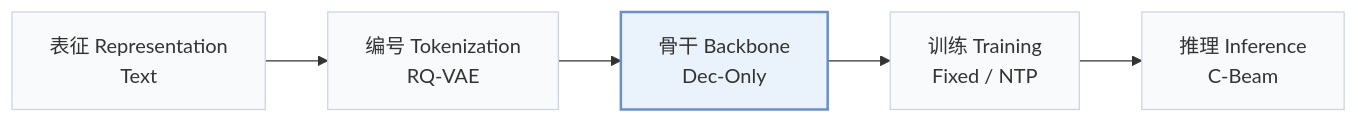
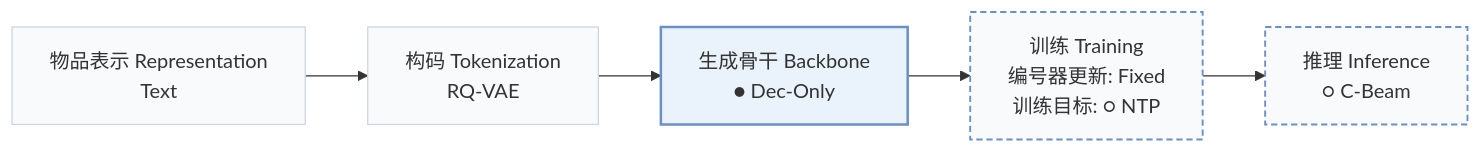
One commit to Galaxy-ghost/Awesome-SID-Generative-Rec changed the first of 2 diagrams in pages/zh/papers/merge-and-branch.md. Above: the diagram before and after it, drawn with Mermaid. The commit also changed other lines of this file and 558 other files, not shown here.

````diff
--- a/pages/zh/papers/merge-and-branch.md
+++ b/pages/zh/papers/merge-and-branch.md
@@ -15,8 +18,10 @@
 ```mermaid
 flowchart LR
-    R["表征 Representation<br/>Text"] --> T["编号 Tokenization<br/>RQ-VAE"] --> B["骨干 Backbone<br/>Dec-Only"] --> TR["训练 Training<br/>Fixed / NTP"] --> I["推理 Inference<br/>C-Beam"]
+    R["物品表示 Representation<br/>Text"] --> T["构码 Tokenization<br/>RQ-VAE"] --> B["生成骨干 Backbone<br/>● Dec-Only"] --> TR["训练 Training<br/>编号器更新: Fixed<br/>训练目标: ○ NTP"] --> I["推理 Inference<br/>○ C-Beam"]
     classDef base fill:#f8fafc,stroke:#cbd5e1
     class R,T,B,TR,I base
+    classDef other fill:#f8fafc,stroke:#6b8fc7,stroke-width:1.5px,stroke-dasharray:5 3
+    class TR,I other
     classDef main fill:#eaf2fb,stroke:#6b8fc7,stroke-width:2px
     class B main
 ```
````
